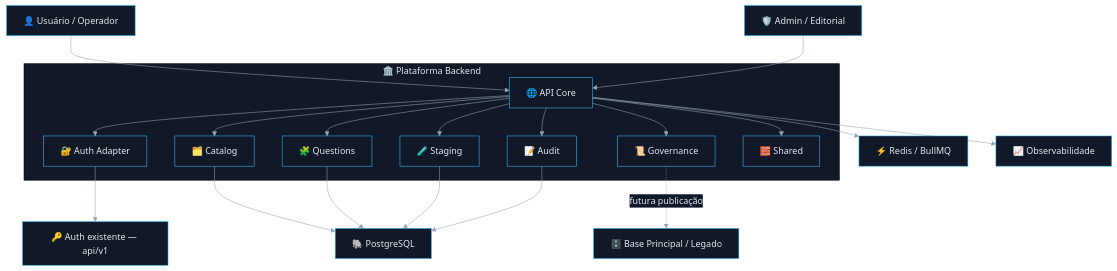
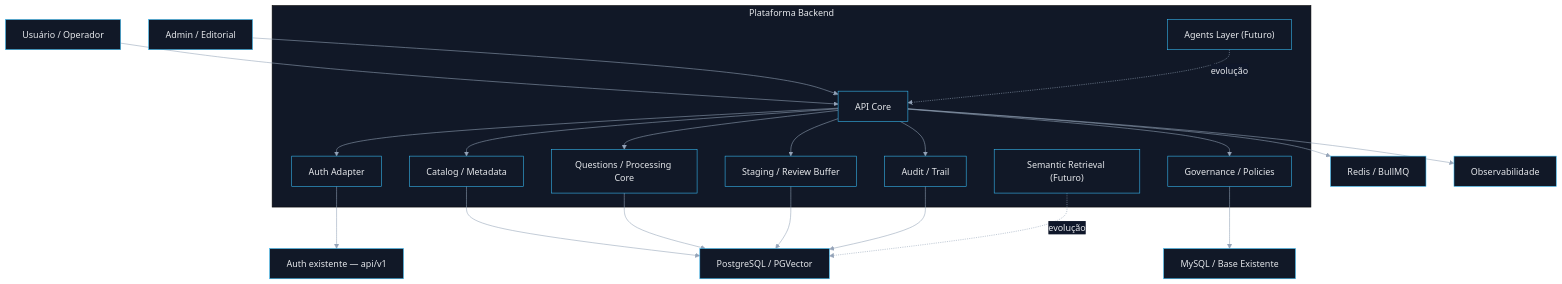
One commit to matheusdiamantino-betalent/IA changed the second of 11 diagrams in README.md. Above: the diagram before and after it, drawn with Mermaid. The commit also changed other lines of this file, not shown here.

````diff
--- a/README.md
+++ b/README.md
@@ -623,57 +573,59 @@
 ```mermaid
 %%{init: {
   "theme": "base",
   "themeVariables": {
     "background": "#0b1220",
     "primaryColor": "#111827",
     "primaryTextColor": "#e5e7eb",
     "primaryBorderColor": "#38bdf8",
     "secondaryColor": "#0f172a",
     "secondaryTextColor": "#e5e7eb",
     "tertiaryColor": "#111827",
     "tertiaryTextColor": "#e5e7eb",
     "lineColor": "#94a3b8"
   }
 }}%%
 flowchart TB
-    user["👤 Usuário / Operador"]
-    admin["🛡️ Admin / Editorial"]
-    legacyAuth["🔑 Auth existente — api/v1"]
-    redis["⚡ Redis / BullMQ"]
-    postgres["🐘 PostgreSQL"]
-    legacyDb["🗄️ Base Principal / Legado"]
-    obs["📈 Observabilidade"]
+    user["Usuário / Operador"]
+    admin["Admin / Editorial"]
+    legacyAuth["Auth existente — api/v1"]
+    redis["Redis / BullMQ"]
+    postgres["PostgreSQL / PGVector"]
+    mysql["MySQL / Base Existente"]
+    obs["Observabilidade"]
 
-    subgraph app["🏛️ Plataforma Backend"]
-        api["🌐 API Core"]
-        auth["🔐 Auth Adapter"]
-        catalog["🗂️ Catalog"]
-        questions["🧩 Questions"]
-        staging["🧪 Staging"]
-        audit["📝 Audit"]
-        governance["📜 Governance"]
-        shared["🧱 Shared"]
+    subgraph app["Plataforma Backend"]
+        api["API Core"]
+        auth["Auth Adapter"]
+        catalog["Catalog / Metadata"]
+        questions["Questions / Processing Core"]
+        staging["Staging / Review Buffer"]
+        audit["Audit / Trail"]
+        governance["Governance / Policies"]
+        agents["Agents Layer (Futuro)"]
+        retrieval["Semantic Retrieval (Futuro)"]
     end
 
     user --> api
     admin --> api
     api --> auth
     auth --> legacyAuth
 
     api --> catalog
     api --> questions
     api --> staging
     api --> audit
     api --> governance
-    api --> shared
 
     catalog --> postgres
     questions --> postgres
     staging --> postgres
     audit --> postgres
 
     api --> redis
     api --> obs
+    governance --> mysql
 
-    governance -. futura publicação .-> legacyDb
+    agents -. evolução .-> api
+    retrieval -. evolução .-> postgres
 ```
````
